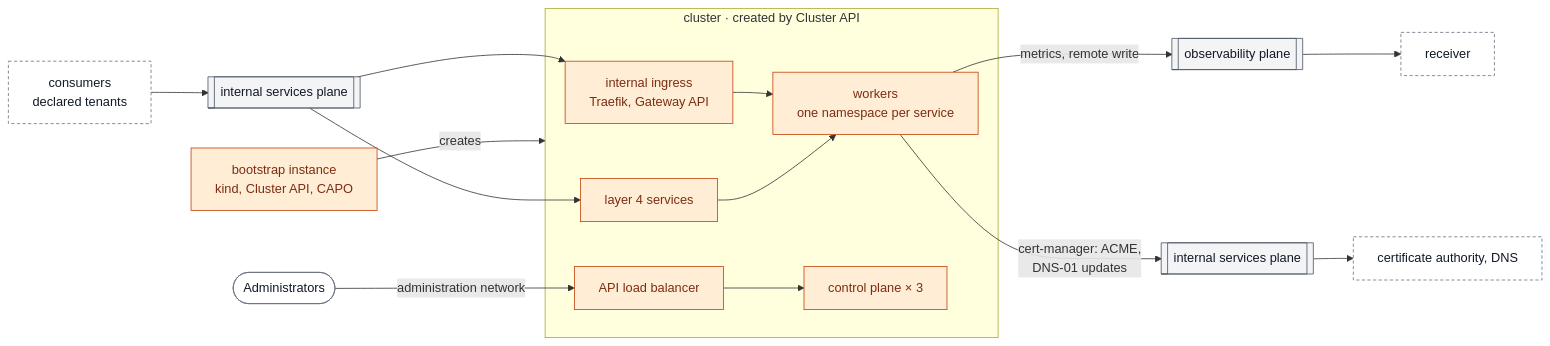
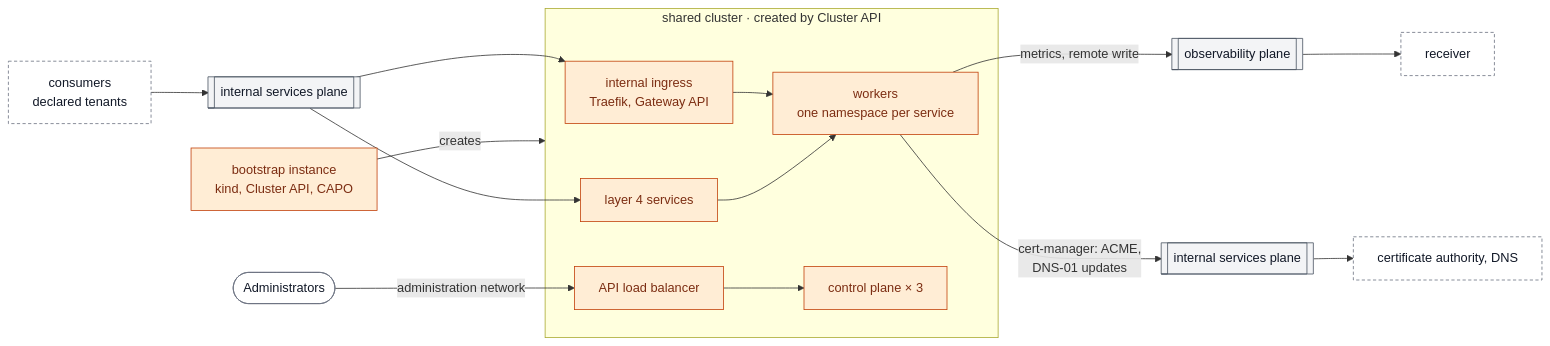
The diagram in stacks/shared/kubernetes/README.md (CyprisTech/openstack-multitenant-reference), drawn with Mermaid before and after one commit. The commit also changed other lines of this file and 45 other files, not shown here.

First line of the commit message:
Docs: the shared cluster and the published cluster; documentation aligned with the code

````diff
--- a/stacks/shared/kubernetes/README.md
+++ b/stacks/shared/kubernetes/README.md
@@ -14,26 +14,26 @@
 ```mermaid
 flowchart LR
     CT["consumers<br/>declared tenants"] --> INI[["internal services plane"]]
-    subgraph CL["cluster · created by Cluster API"]
+    subgraph CL["shared cluster · created by Cluster API"]
         IE["internal ingress<br/>Traefik, Gateway API"] --> WK["workers<br/>one namespace per service"]
         L4["layer 4 services"] --> WK
         API["API load balancer"] --> CP["control plane × 3"]
     end
     INI --> IE
     INI --> L4
     WK -->|"metrics, remote write"| MON[["observability plane"]]
     MON --> RCV["receiver"]
     WK -->|"cert-manager: ACME,<br/>DNS-01 updates"| INT[["internal services plane"]]
     INT --> SVC["certificate authority, DNS"]
     ADM(["Administrators"]) -->|"administration network"| API
     BS["bootstrap instance<br/>kind, Cluster API, CAPO"] -->|"creates"| CL
 
     classDef plane fill:#f3f4f6,stroke:#4b5563,color:#111827
     classDef tenant fill:#ffedd5,stroke:#c2410c,color:#7c2d12
     classDef outside fill:#ffffff,stroke:#6b7280,color:#111827
     classDef other fill:#ffffff,stroke:#6b7280,color:#111827,stroke-dasharray:4 3
     class IE,L4,WK,API,CP,BS tenant
     class INI,MON,INT plane
     class CT,RCV,SVC other
     class ADM outside
 ```
````
